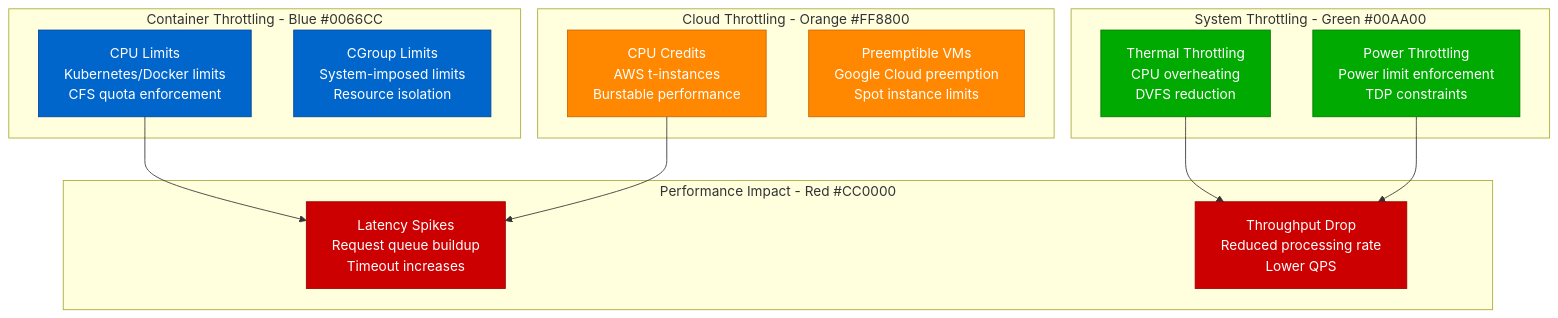
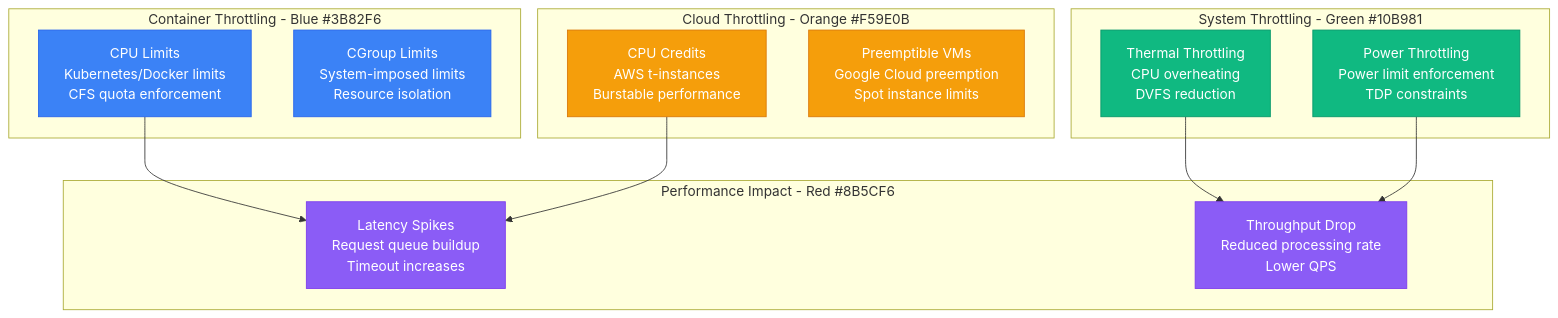
Before and after one commit to deepaucksharma/DS: the second of 2 diagrams in site/docs/debugging/cpu-throttling-debugging.md, drawn with Mermaid. The commit also changed other lines of this file and 187 other files, not shown here.

````diff
--- a/site/docs/debugging/cpu-throttling-debugging.md
+++ b/site/docs/debugging/cpu-throttling-debugging.md
@@ -140,37 +140,37 @@
 ```mermaid
 graph TB
-    subgraph ContainerThrottling[Container Throttling - Blue #0066CC]
+    subgraph ContainerThrottling[Container Throttling - Blue #3B82F6]
         CPU_LIMITS[CPU Limits<br/>Kubernetes/Docker limits<br/>CFS quota enforcement]
         CGROUP_LIMITS[CGroup Limits<br/>System-imposed limits<br/>Resource isolation]
     end
 
-    subgraph SystemThrottling[System Throttling - Green #00AA00]
+    subgraph SystemThrottling[System Throttling - Green #10B981]
         THERMAL[Thermal Throttling<br/>CPU overheating<br/>DVFS reduction]
         POWER[Power Throttling<br/>Power limit enforcement<br/>TDP constraints]
     end
 
-    subgraph CloudThrottling[Cloud Throttling - Orange #FF8800]
+    subgraph CloudThrottling[Cloud Throttling - Orange #F59E0B]
         CPU_CREDITS[CPU Credits<br/>AWS t-instances<br/>Burstable performance]
         PREEMPTIBLE[Preemptible VMs<br/>Google Cloud preemption<br/>Spot instance limits]
     end
 
-    subgraph Impact[Performance Impact - Red #CC0000]
+    subgraph Impact[Performance Impact - Red #8B5CF6]
         LATENCY_SPIKE[Latency Spikes<br/>Request queue buildup<br/>Timeout increases]
         THROUGHPUT_DROP[Throughput Drop<br/>Reduced processing rate<br/>Lower QPS]
     end
 
     CPU_LIMITS --> LATENCY_SPIKE
     THERMAL --> THROUGHPUT_DROP
     CPU_CREDITS --> LATENCY_SPIKE
     POWER --> THROUGHPUT_DROP
 
-    classDef containerStyle fill:#0066CC,stroke:#004499,color:#fff
-    classDef systemStyle fill:#00AA00,stroke:#007700,color:#fff
-    classDef cloudStyle fill:#FF8800,stroke:#CC6600,color:#fff
-    classDef impactStyle fill:#CC0000,stroke:#990000,color:#fff
+    classDef containerStyle fill:#3B82F6,stroke:#2563EB,color:#fff
+    classDef systemStyle fill:#10B981,stroke:#059669,color:#fff
+    classDef cloudStyle fill:#F59E0B,stroke:#D97706,color:#fff
+    classDef impactStyle fill:#8B5CF6,stroke:#7C3AED,color:#fff
 
     class CPU_LIMITS,CGROUP_LIMITS containerStyle
     class THERMAL,POWER systemStyle
     class CPU_CREDITS,PREEMPTIBLE cloudStyle
     class LATENCY_SPIKE,THROUGHPUT_DROP impactStyle
 ```
````
